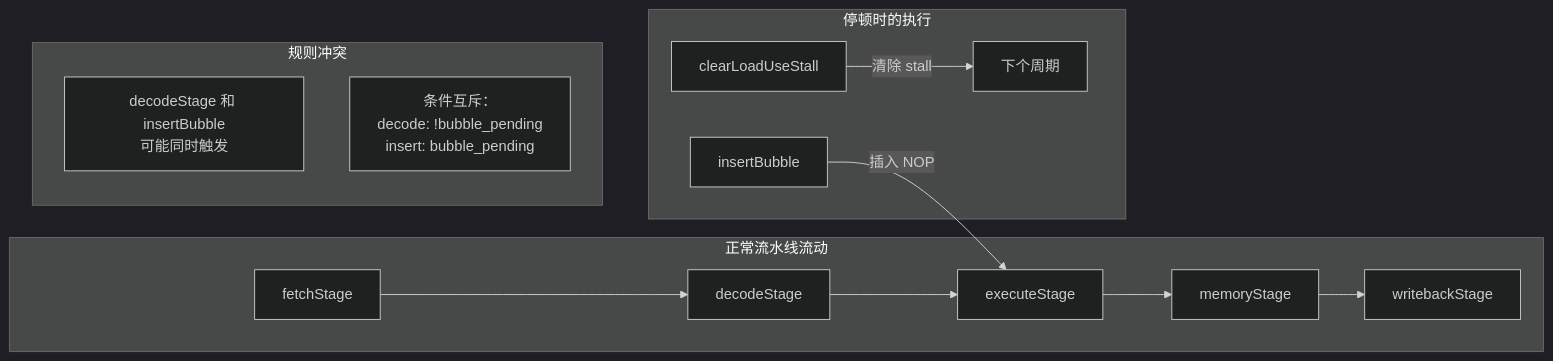
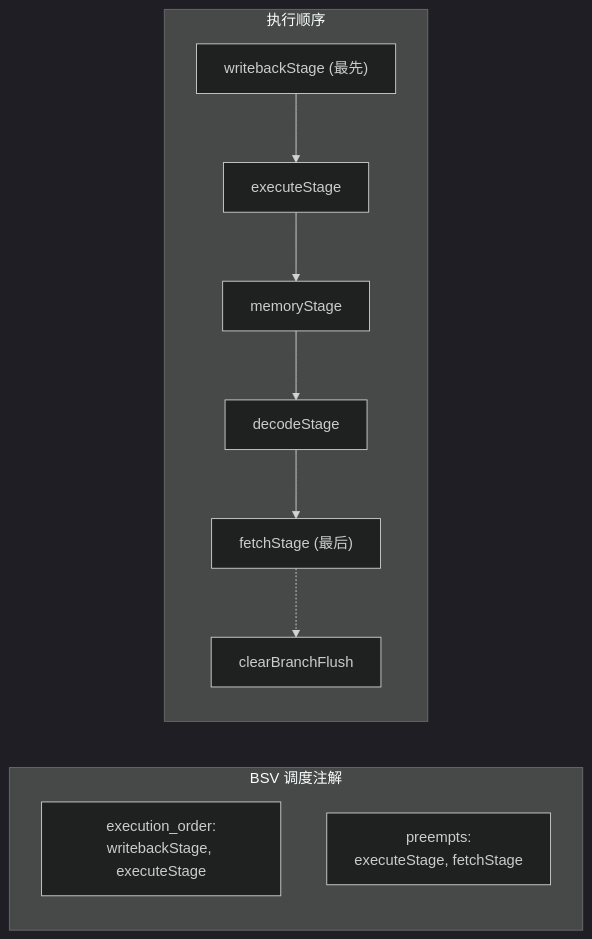
Before and after one commit to daivy2333/riscv-bsv-processor: the second of 8 diagrams in docs/pipeline-scheduling.md, drawn with Mermaid (dark theme). The commit also changed other lines of this file and 6 other files, not shown here.

````diff
--- a/docs/pipeline-scheduling.md
+++ b/docs/pipeline-scheduling.md
@@ -42,16 +45,22 @@
 ```mermaid
 flowchart LR
-    subgraph NormalFlow["正常流水线流动"]
-        Fetch[fetchStage] --> Decode[decodeStage] --> Execute[executeStage] --> Memory[memoryStage] --> Writeback[writebackStage]
+    subgraph Annotations["BSV 调度注解"]
+        ExecOrder["execution_order:<br/>writebackStage, executeStage"]
+        Preempts["preempts:<br/>executeStage, fetchStage"]
     end
 
-    subgraph StallFlow["停顿时的执行"]
-        Clear[clearLoadUseStall] -->|"清除 stall"| NextCycle[下个周期]
-        Bubble[insertBubble] -->|"插入 NOP"| Execute
+    subgraph Order["执行顺序"]
+        WB["writebackStage (最先)"]
+        EX["executeStage"]
+        MEM["memoryStage"]
+        ID["decodeStage"]
+        IF["fetchStage (最后)"]
+        Flush["clearBranchFlush"]
     end
 
-    subgraph Conflict["规则冲突"]
-        Note["decodeStage 和 insertBubble<br/>可能同时触发"]
-        Resolve["条件互斥：<br/>decode: !bubble_pending<br/>insert: bubble_pending"]
-    end
+    WB --> EX
+    EX --> MEM
+    MEM --> ID
+    ID --> IF
+    IF -.-> Flush
 ```
````
